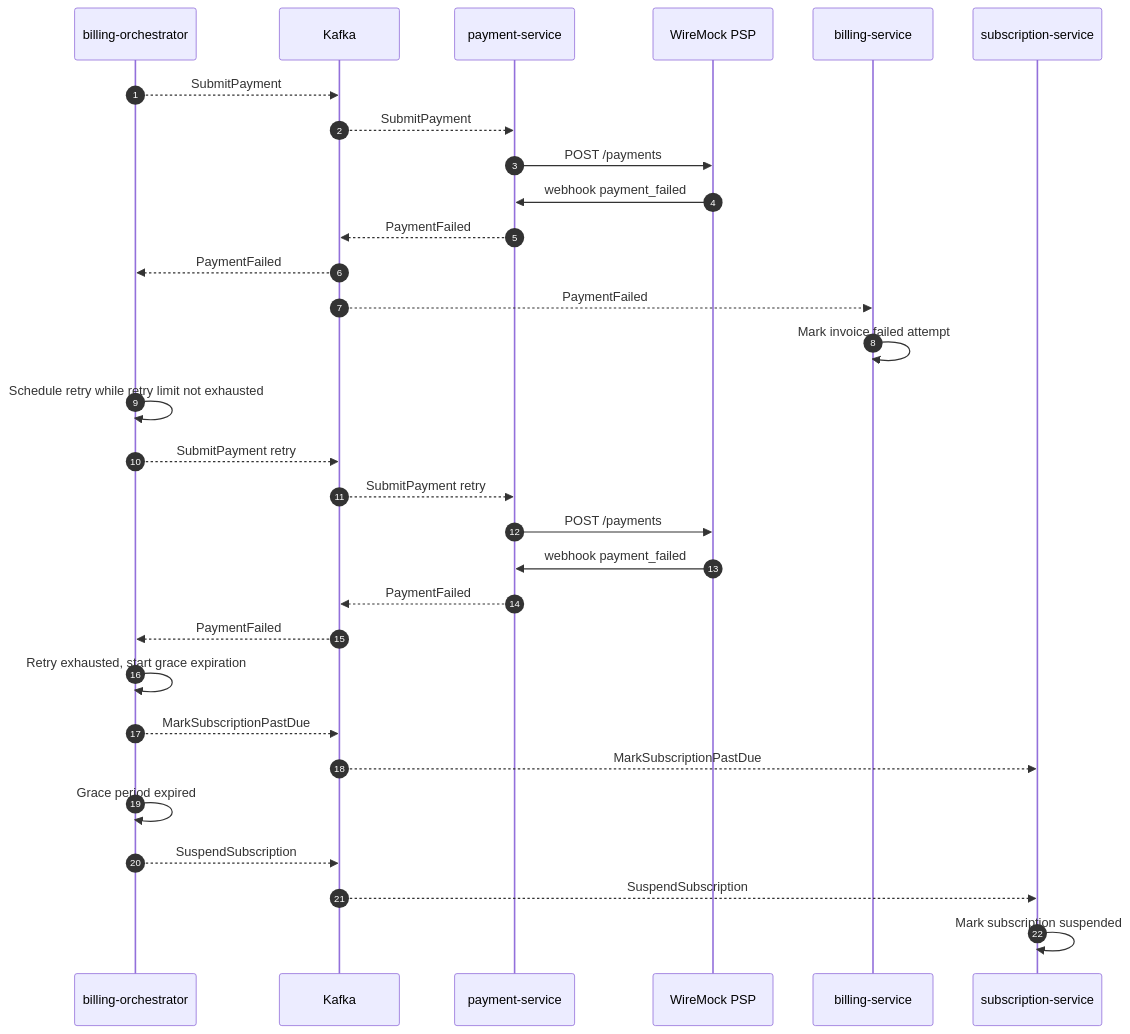
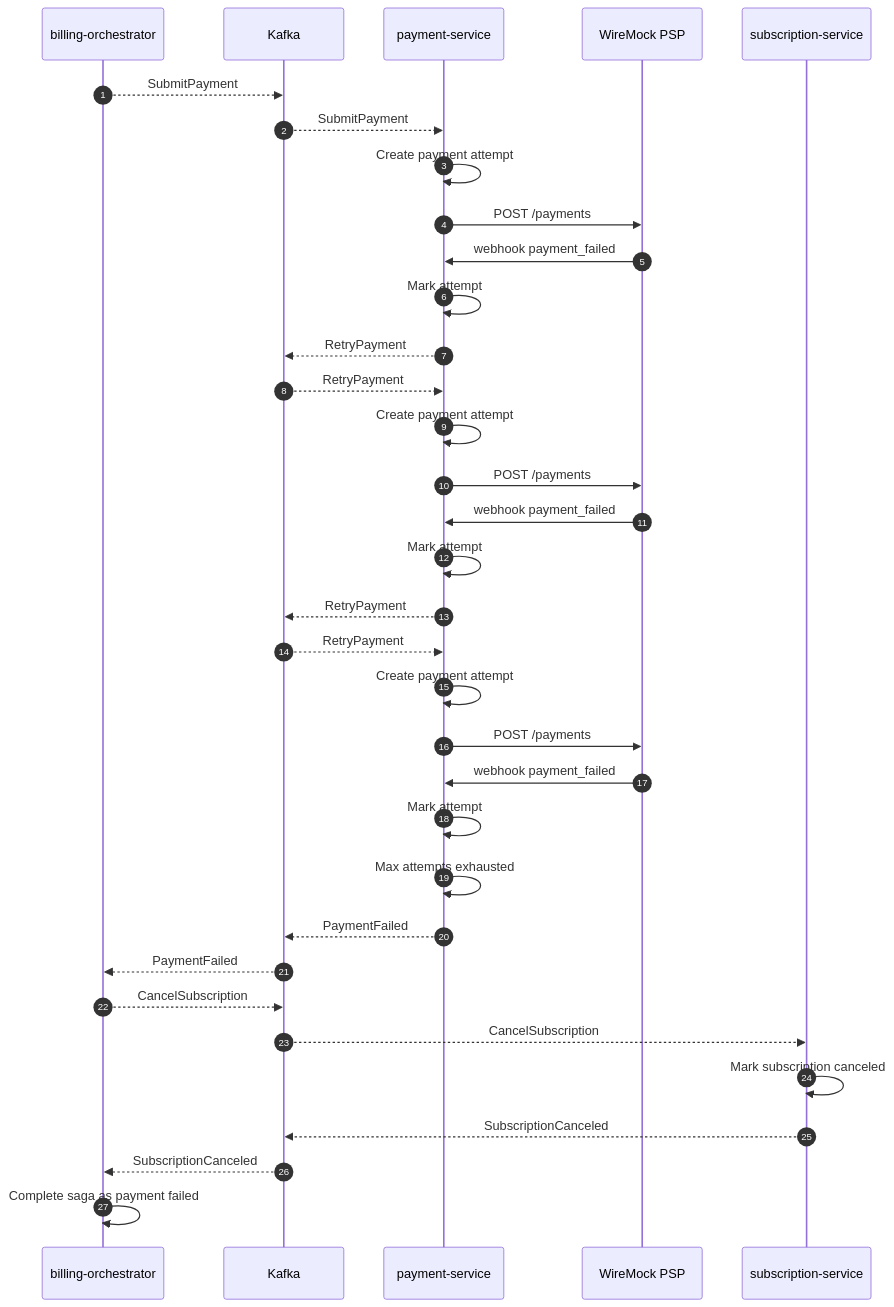
Before and after one commit to Ichiteru/distributed-system-solutions: the third of 3 diagrams in saas-billing-system/docs/architecture.md, drawn with Mermaid. The commit also changed other lines of this file, not shown here.

Commit message:
saas-billing-system: change arhitecture

````diff
--- a/saas-billing-system/docs/architecture.md
+++ b/saas-billing-system/docs/architecture.md
@@ -261,33 +264,37 @@
 ```mermaid
 sequenceDiagram
     autonumber
     participant O as billing-orchestrator
     participant K as Kafka
     participant P as payment-service
     participant W as WireMock PSP
-    participant B as billing-service
     participant S as subscription-service
 
     O-->>K: SubmitPayment
     K-->>P: SubmitPayment
+    P->>P: Create payment attempt #1
     P->>W: POST /payments
     W->>P: webhook payment_failed
+    P->>P: Mark attempt #1 failed
+    P-->>K: RetryPayment
+    K-->>P: RetryPayment
+    P->>P: Create payment attempt #2
+    P->>W: POST /payments
+    W->>P: webhook payment_failed
+    P->>P: Mark attempt #2 failed
+    P-->>K: RetryPayment
+    K-->>P: RetryPayment
+    P->>P: Create payment attempt #3
+    P->>W: POST /payments
+    W->>P: webhook payment_failed
+    P->>P: Mark attempt #3 failed
+    P->>P: Max attempts exhausted
     P-->>K: PaymentFailed
     K-->>O: PaymentFailed
-    K-->>B: PaymentFailed
-    B->>B: Mark invoice failed attempt
-    O->>O: Schedule retry while retry limit not exhausted
-    O-->>K: SubmitPayment retry
-    K-->>P: SubmitPayment retry
-    P->>W: POST /payments
-    W->>P: webhook payment_failed
-    P-->>K: PaymentFailed
-    K-->>O: PaymentFailed
-    O->>O: Retry exhausted, start grace expiration
-    O-->>K: MarkSubscriptionPastDue
-    K-->>S: MarkSubscriptionPastDue
-    O->>O: Grace period expired
-    O-->>K: SuspendSubscription
-    K-->>S: SuspendSubscription
-    S->>S: Mark subscription suspended
+    O-->>K: CancelSubscription
+    K-->>S: CancelSubscription
+    S->>S: Mark subscription canceled
+    S-->>K: SubscriptionCanceled
+    K-->>O: SubscriptionCanceled
+    O->>O: Complete saga as payment failed
 ```
````
